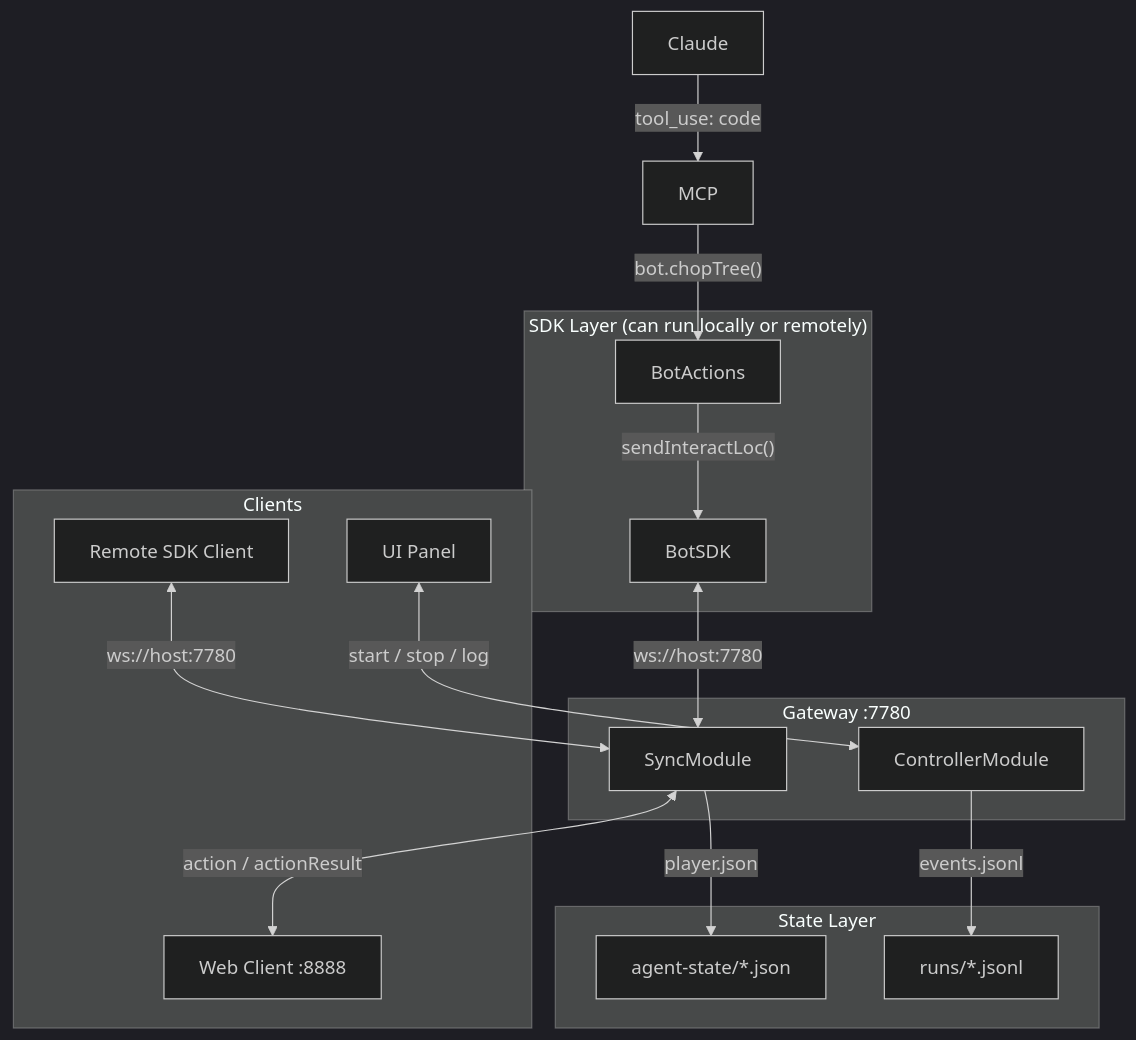
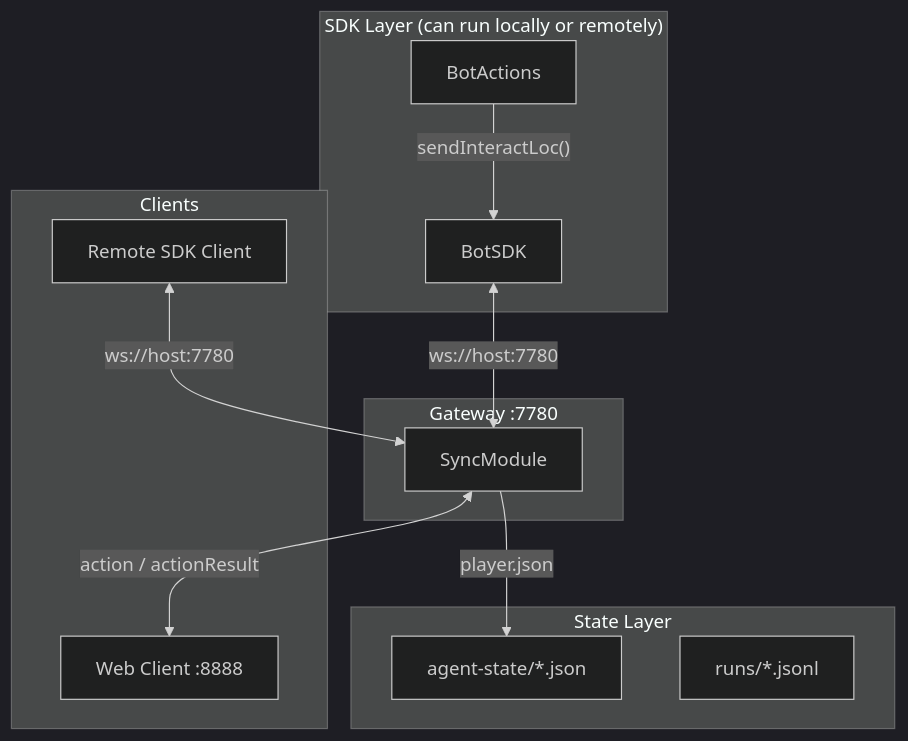
One commit to AuburyEssentian/rs-sdk changed the first of 5 diagrams in system-architecture.md. Above: the diagram before and after it, drawn with Mermaid (dark theme). The commit also changed other lines of this file and 11 other files, not shown here.

````diff
--- a/system-architecture.md
+++ b/system-architecture.md
@@ -7,34 +7,27 @@
 ```mermaid
 flowchart TB
     subgraph Clients["Clients"]
         WebClient["Web Client :8888"]
-        UI["UI Panel"]
         RemoteSDK["Remote SDK Client"]
     end
 
-
     subgraph Core["Gateway :7780"]
         SyncMod["SyncModule"]
-        CtrlMod["ControllerModule"]
     end
 
     subgraph SDKLayer["SDK Layer (can run locally or remotely)"]
         Porcelain["BotActions"]
         SDK["BotSDK"]
     end
 
     subgraph State["State Layer"]
         Files["agent-state/*.json"]
         Runs["runs/*.jsonl"]
     end
 
-    UI <-->|"start / stop / log"| CtrlMod
-    Claude -->|"tool_use: code"| MCP
-    MCP -->|"bot.chopTree()"| Porcelain
     Porcelain -->|"sendInteractLoc()"| SDK
     SDK <-->|"ws://host:7780"| SyncMod
     RemoteSDK <-->|"ws://host:7780"| SyncMod
     SyncMod <-->|"action / actionResult"| WebClient
-    CtrlMod -->|"events.jsonl"| Runs
     SyncMod -->|"player.json"| Files
 ```
````
